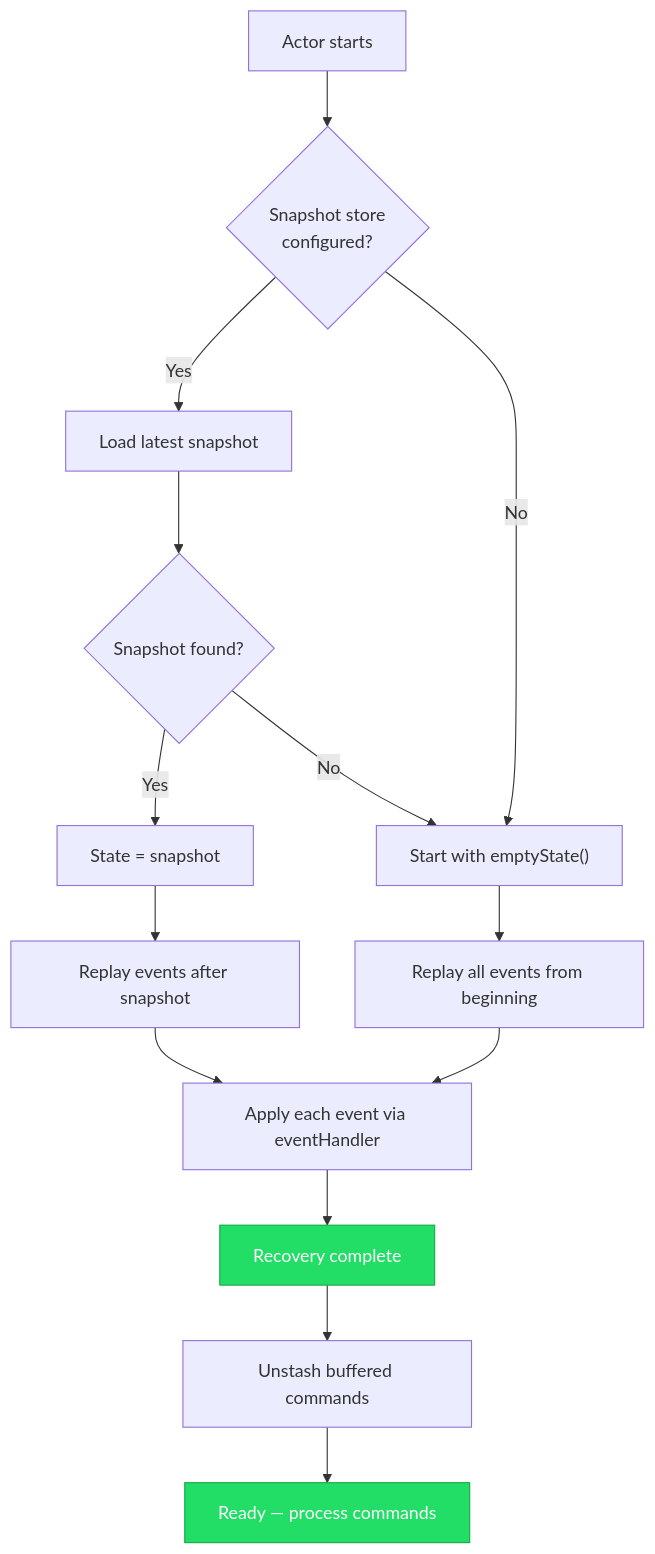
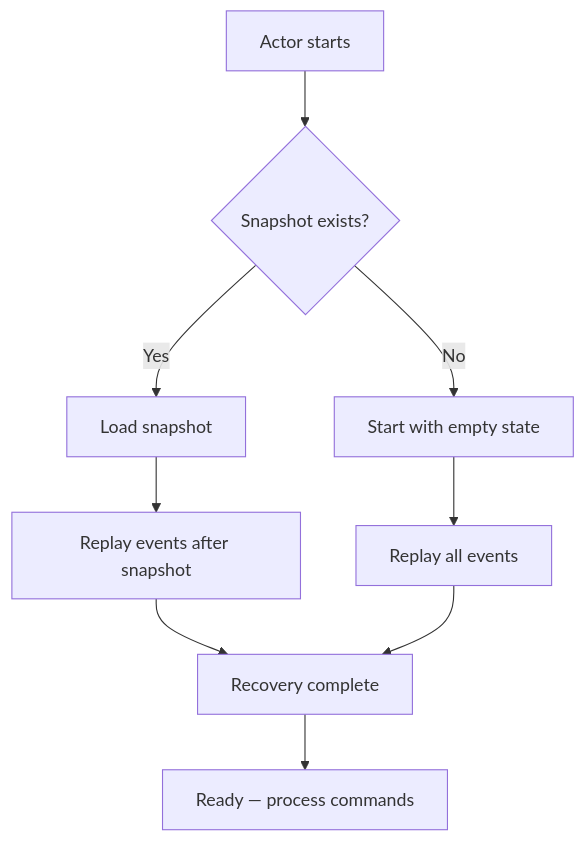
Before and after one commit to nexus-actors/nexus: the second of 3 diagrams in website/docs/core-concepts/persistence.md, drawn with Mermaid. The commit also changed other lines of this file and 19 other files, not shown here.

First line of the commit message:
refactor: simplify diagrams, remove benchmark viz, use Swoole 6.2.0-rc1

````diff
--- a/website/docs/core-concepts/persistence.md
+++ b/website/docs/core-concepts/persistence.md
@@ -262,19 +257,11 @@
 ```mermaid
 flowchart TD
-    A["Actor starts"] --> B{"Snapshot store<br/>configured?"}
-    B -->|Yes| C["Load latest snapshot"]
-    B -->|No| D["Start with emptyState()"]
-    C --> E{"Snapshot found?"}
-    E -->|Yes| F["State = snapshot"]
-    E -->|No| D
-    F --> G["Replay events after snapshot"]
-    D --> H["Replay all events from beginning"]
-    G --> I["Apply each event via eventHandler"]
-    H --> I
-    I --> J["Recovery complete"]
-    J --> K["Unstash buffered commands"]
-    K --> L["Ready — process commands"]
-
-    style J fill:#2d6,stroke:#1a4,color:#fff
-    style L fill:#2d6,stroke:#1a4,color:#fff
+    A["Actor starts"] --> B{"Snapshot exists?"}
+    B -->|Yes| C["Load snapshot"]
+    B -->|No| D["Start with empty state"]
+    C --> E["Replay events after snapshot"]
+    D --> F["Replay all events"]
+    E --> G["Recovery complete"]
+    F --> G
+    G --> H["Ready — process commands"]
 ```
````
